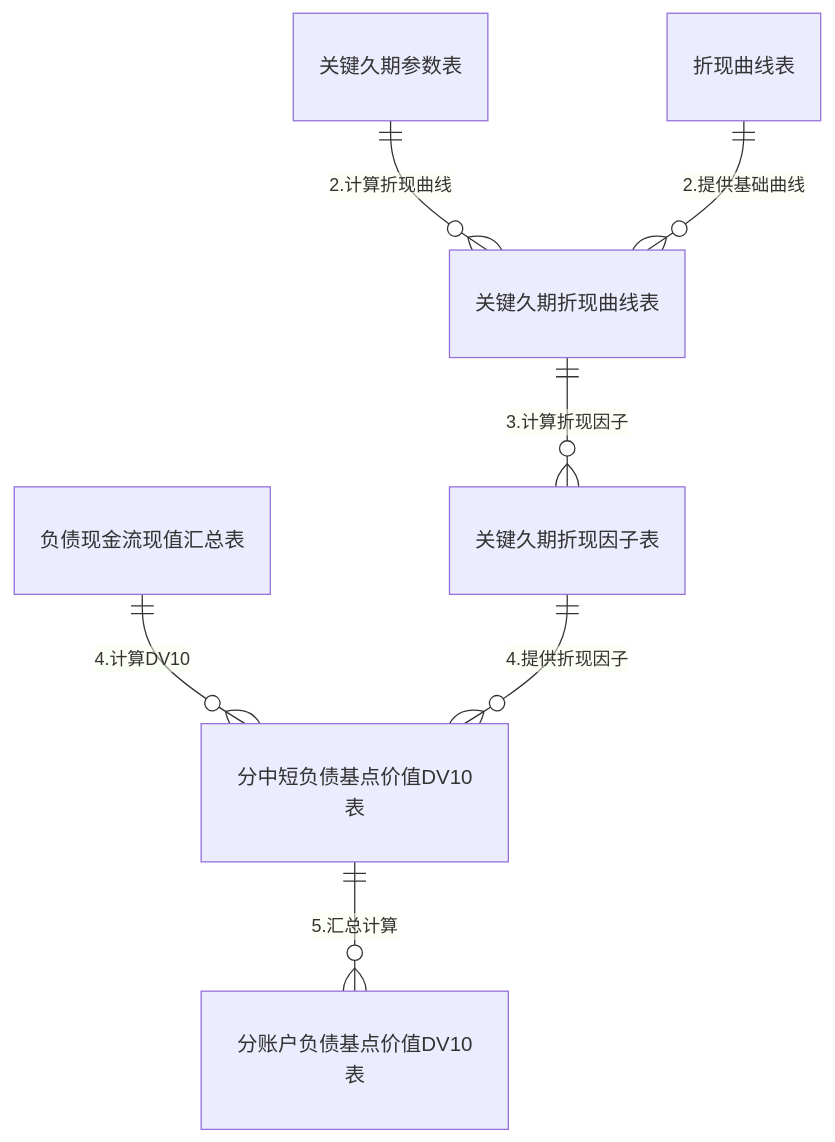
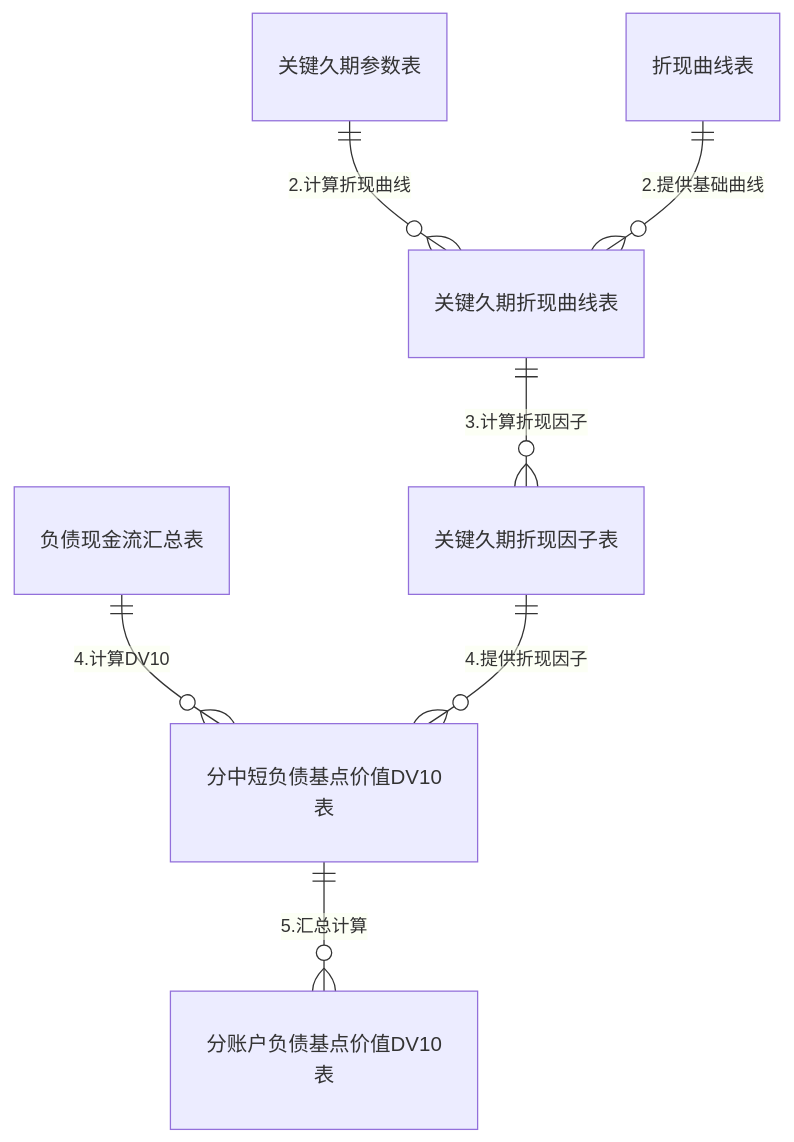
The first of 4 diagrams in docs/design/key_duration_program_design.md (kongzhenhao/alm), drawn with Mermaid before and after one commit. The commit also changed other lines of this file and 5 other files, not shown here.

````diff
--- a/docs/design/key_duration_program_design.md
+++ b/docs/design/key_duration_program_design.md
@@ -57,16 +57,16 @@
 ```mermaid
 erDiagram
     %% 1. 源数据表
-    负债现金流现值汇总表 ||--o{ 分中短负债基点价值DV10表 : "4.计算DV10"
+    负债现金流汇总表 ||--o{ 分中短负债基点价值DV10表 : "4.计算DV10"
 
     %% 2. 关键久期参数计算流程
     关键久期参数表 ||--o{ 关键久期折现曲线表 : "2.计算折现曲线"
     折现曲线表 ||--o{ 关键久期折现曲线表 : "2.提供基础曲线"
     关键久期折现曲线表 ||--o{ 关键久期折现因子表 : "3.计算折现因子"
 
     %% 3. DV10计算流程
     关键久期折现因子表 ||--o{ 分中短负债基点价值DV10表 : "4.提供折现因子"
 
     %% 4. 分账户DV10计算
     分中短负债基点价值DV10表 ||--o{ 分账户负债基点价值DV10表 : "5.汇总计算"
 ```
````
